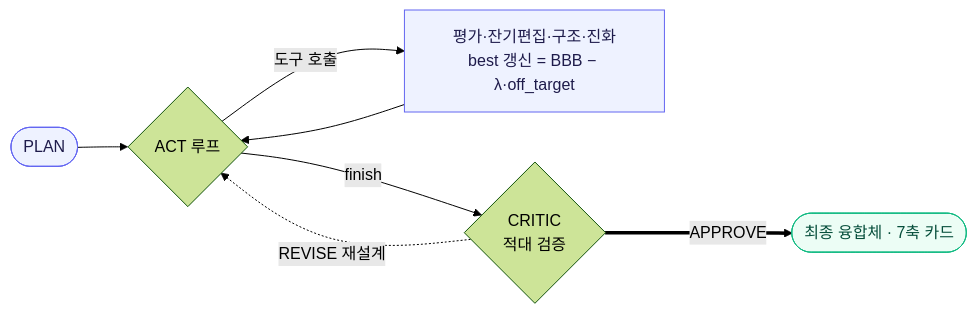
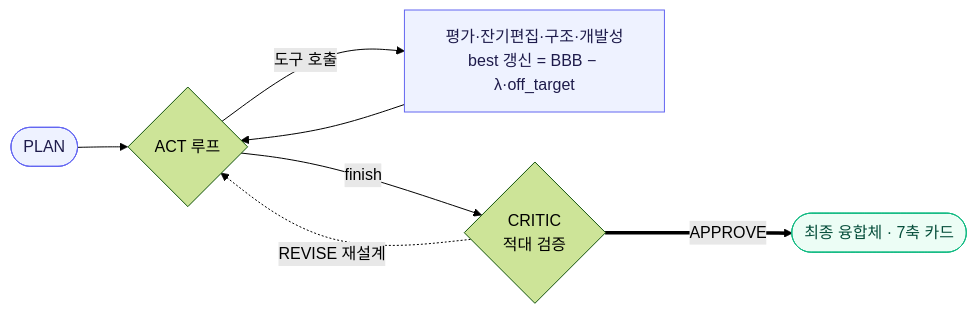
Before and after one commit to yunseul6028/BBB-Optimizer: the second of 2 diagrams in README.md, drawn with Mermaid (forest theme). The commit also changed other lines of this file and 1 other file, not shown here.

````diff
--- a/README.md
+++ b/README.md
@@ -112,13 +111,13 @@
 ```mermaid
 flowchart LR
   P(["PLAN"]) --> L{"ACT 루프"}
-  L -->|도구 호출| T["평가·잔기편집·구조·진화<br/>best 갱신 = BBB − λ·off_target"]
+  L -->|도구 호출| T["평가·잔기편집·구조·개발성<br/>best 갱신 = BBB − λ·off_target"]
   T --> L
   L -->|finish| C{"CRITIC<br/>적대 검증"}
   C -.->|REVISE 재설계| L
   C ==>|APPROVE| O(["최종 융합체 · 7축 카드"])
   classDef step fill:#eef2ff,stroke:#6366f1,color:#1e1b4b;
   classDef ok fill:#ecfdf5,stroke:#10b981,color:#064e3b;
   class P,T step
   class O ok
 ```
````
